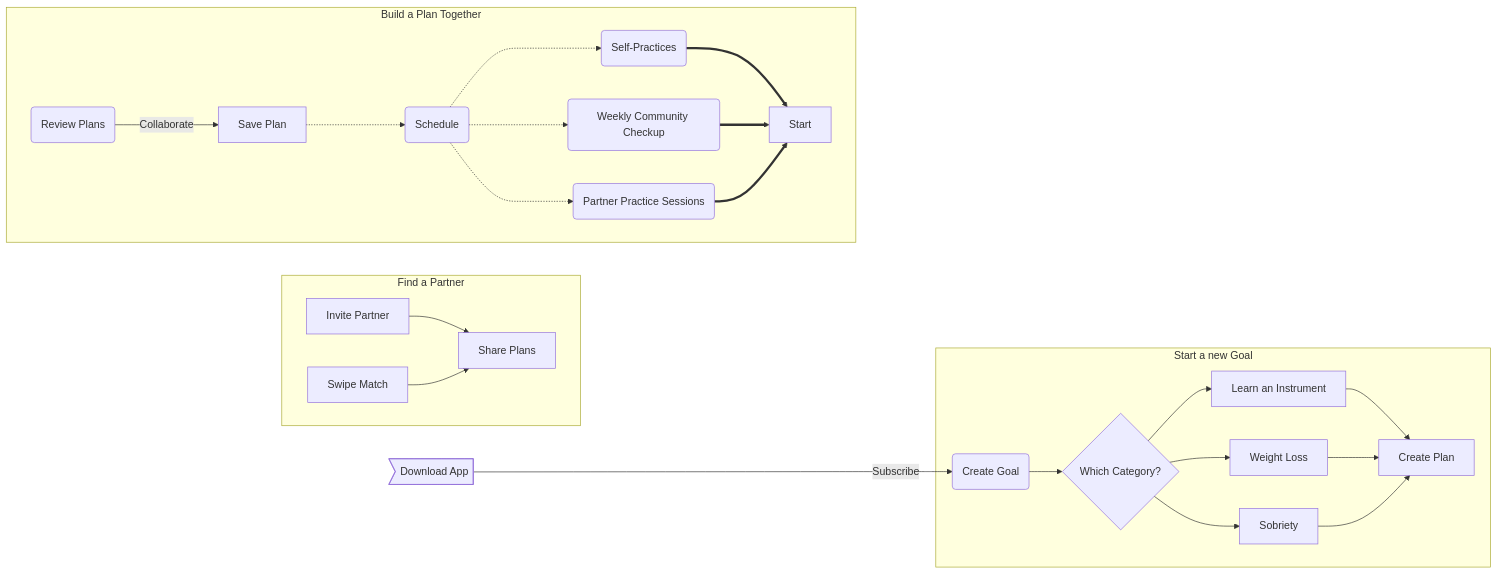
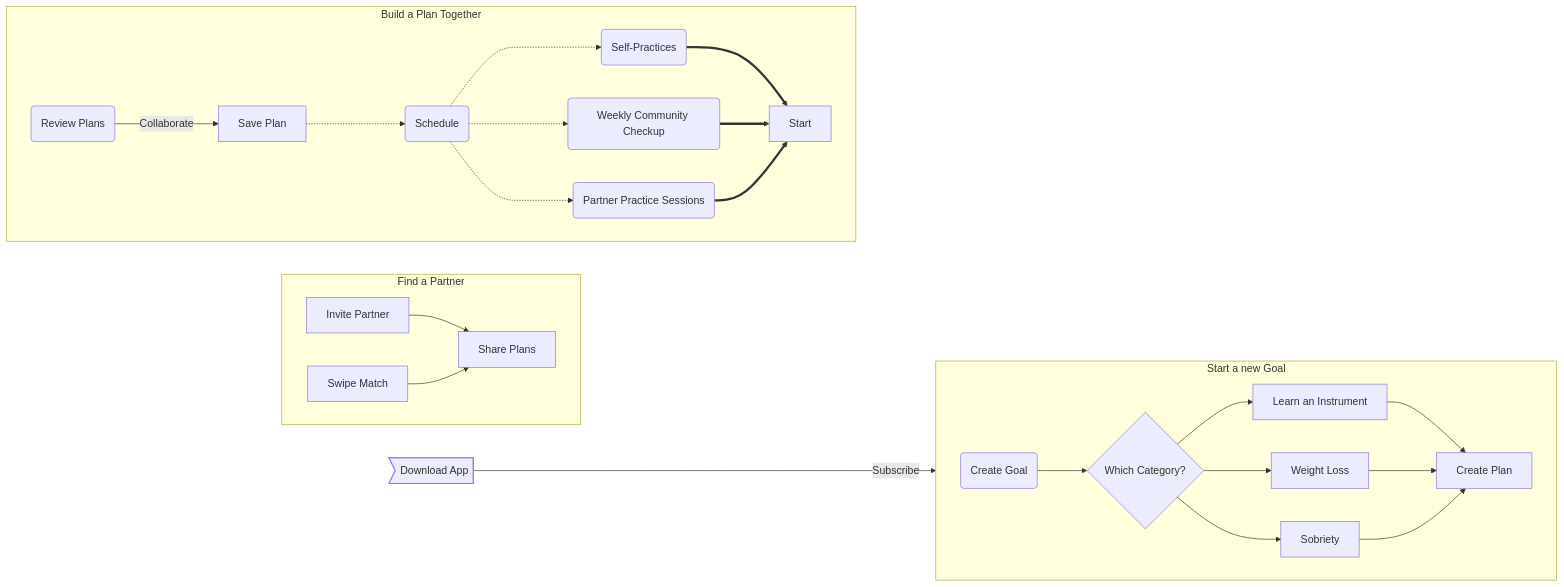
Before and after one commit to kristoforerickson/Goalmunity: the first of 2 diagrams in docs/features/index.md, drawn with Mermaid.

````diff
--- a/docs/features/index.md
+++ b/docs/features/index.md
@@ -10,31 +10,32 @@
 ```mermaid
 flowchart LR
     A>Download App] -->|Subscribe| B(Create Goal)
     subgraph B1[Start a new Goal]
-    B --> C{Which Category?}
-    C --> D[Sobriety]
-    C --> E[Weight Loss]
-    C --> F[Learn an Instrument]
-    F --> I[Create Plan]
-    E --> I
-    D --> I
+        direction LR
+        B --> C{Which Category?}
+        C --> D[Sobriety]
+        C --> E[Weight Loss]
+        C --> F[Learn an Instrument]
+        F --> I[Create Plan]
+        E --> I
+        D --> I
     end
     subgraph B2[Find a Partner]
-    direction LR
-    G[Swipe Match]
-    H[Invite Partner]
-    H --> J[Share Plans]
-    G --> J
+        direction LR
+        G[Swipe Match]
+        H[Invite Partner]
+        H --> J[Share Plans]
+        G --> J
     end
     subgraph B3[Build a Plan Together]
-    direction LR
-    K(Review Plans) -->|Collaborate| L[Save Plan]
-    L -..-> M(Schedule)
-    M -..-> P(Self-Practices)
-    M -..-> N(Weekly Community Checkup)
-    M -..-> O(Partner Practice Sessions)
-    P ==> Q[Start]
-    N ==> Q
-    O ==> Q
+        direction LR
+        K(Review Plans) -->|Collaborate| L[Save Plan]
+        L -..-> M(Schedule)
+        M -..-> P(Self-Practices)
+        M -..-> N(Weekly Community Checkup)
+        M -..-> O(Partner Practice Sessions)
+        P ==> Q[Start]
+        N ==> Q
+        O ==> Q
     end
  ```
````
